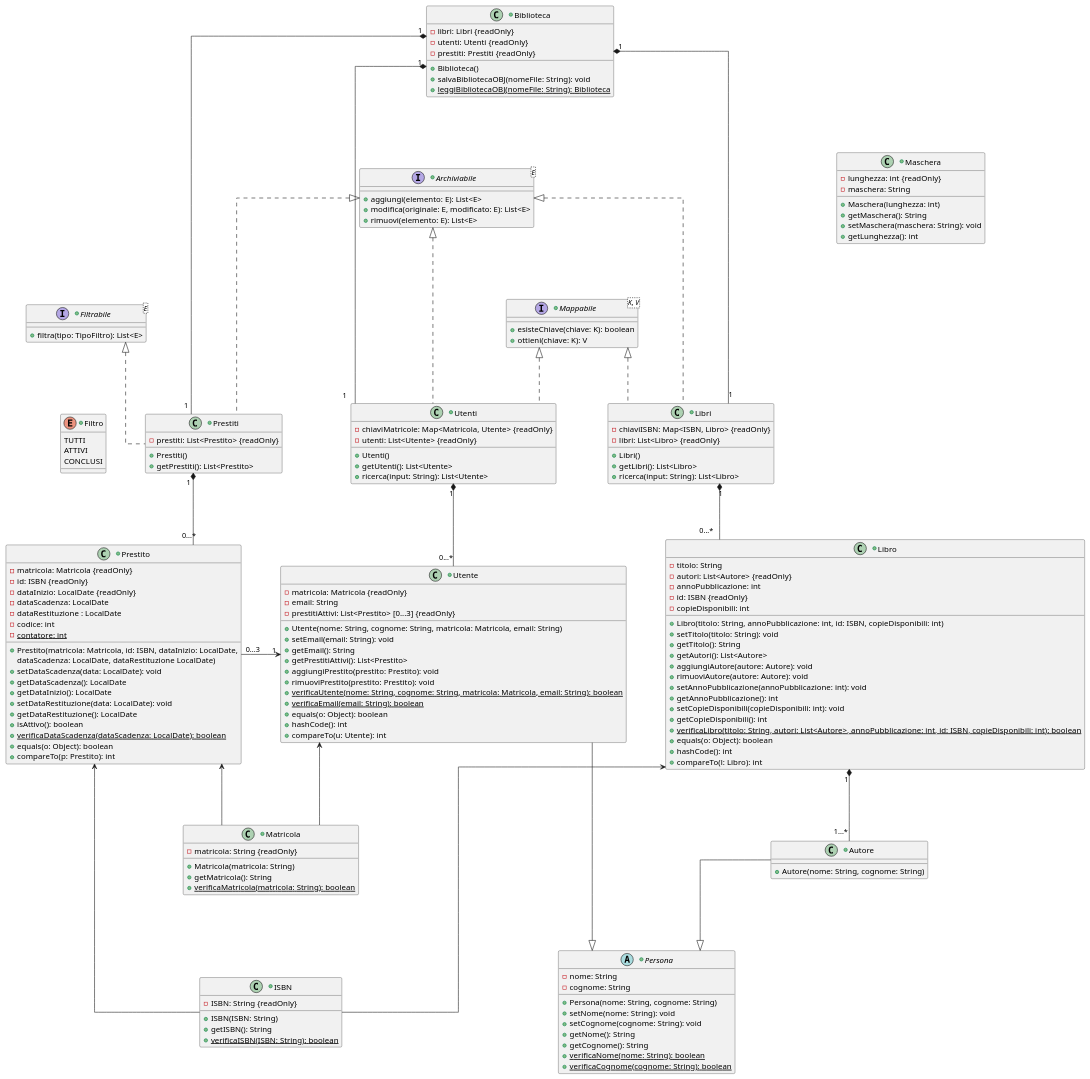
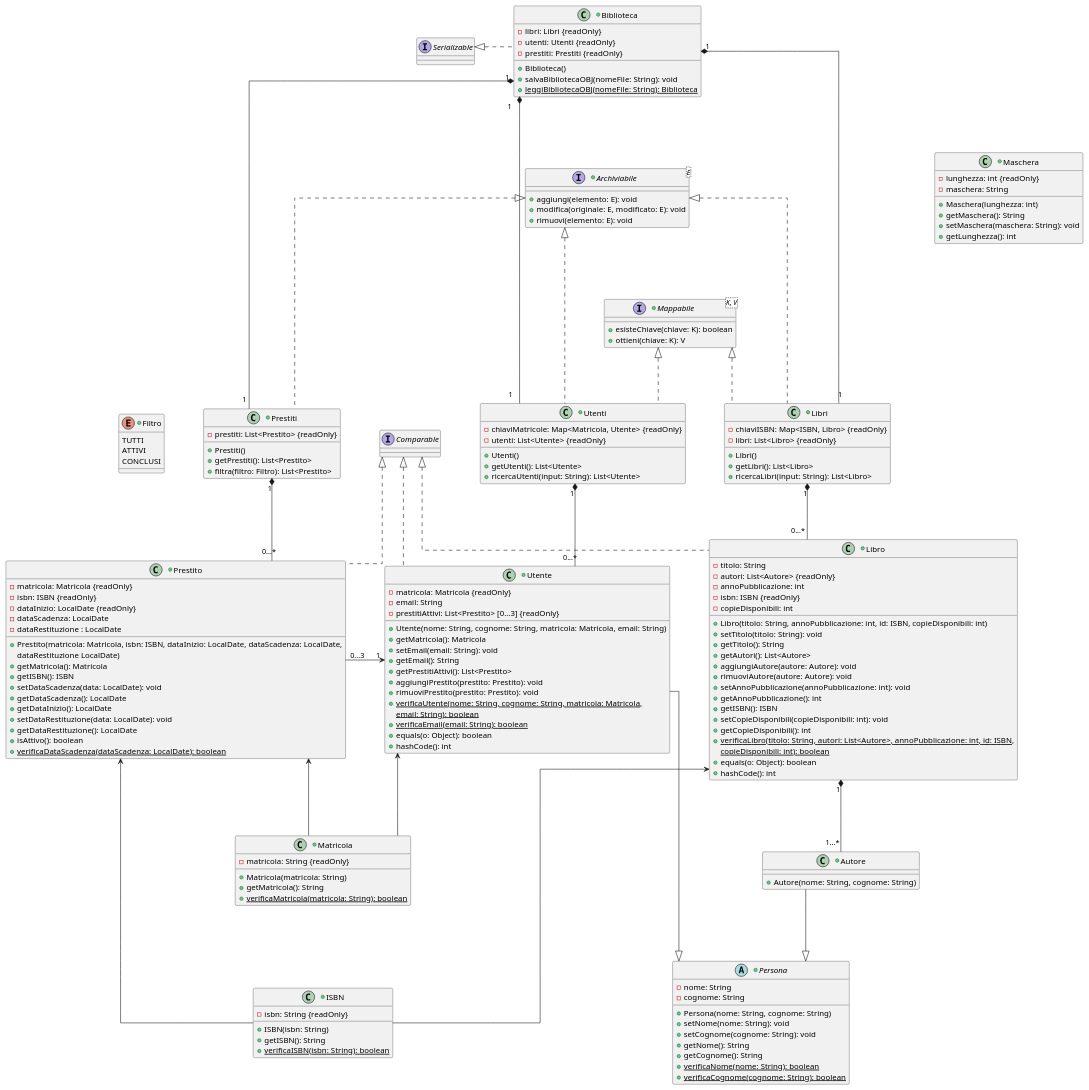
The diagram in documents/DiagrammiUML/classdiagram.puml (TitanVoid/ProgSE-Biblioteca), drawn with PlantUML before and after one commit. The commit also changed 1 other file, not shown here.

Commit message:
Correzione diagramma delle classi

```diff
--- a/documents/DiagrammiUML/classdiagram.puml
+++ b/documents/DiagrammiUML/classdiagram.puml
@@ -15,7 +15,7 @@
 }
 
 
-+class Biblioteca {
++class Biblioteca implements Serializable {
 -libri: Libri {readOnly}
 -utenti: Utenti {readOnly}
 -prestiti: Prestiti {readOnly}
@@ -27,9 +27,9 @@
 
 
 +interface Archiviabile<E> {
-+aggiungi(elemento: E): List<E>
-+modifica(originale: E, modificato: E): List<E>
-+rimuovi(elemento: E): List<E>
++aggiungi(elemento: E): void
++modifica(originale: E, modificato: E): void
++rimuovi(elemento: E): void
 }
 
 
@@ -39,7 +39,7 @@
 
 +Utenti()
 +getUtenti(): List<Utente>
-+ricerca(input: String): List<Utente> 
++ricercaUtenti(input: String): List<Utente> 
 }
 
 
@@ -49,7 +49,7 @@
 
 +Libri()
 +getLibri(): List<Libro>
-+ricerca(input: String): List<Libro> 
++ricercaLibri(input: String): List<Libro> 
 }
 
 
@@ -58,33 +58,35 @@
 
 +Prestiti()
 +getPrestiti(): List<Prestito>
++filtra(filtro: Filtro): List<Prestito>
 }
 
 
-+class Utente {
++class Utente implements Comparable {
 -matricola: Matricola {readOnly}
 -email: String
 -prestitiAttivi: List<Prestito> [0...3] {readOnly}
 
 +Utente(nome: String, cognome: String, matricola: Matricola, email: String)
++getMatricola(): Matricola
 +setEmail(email: String): void
 +getEmail(): String
 +getPrestitiAttivi(): List<Prestito>
 +aggiungiPrestito(prestito: Prestito): void
 +rimuoviPrestito(prestito: Prestito): void
-+verificaUtente(nome: String, cognome: String, matricola: Matricola, email: String): boolean {static}
++verificaUtente(nome: String, cognome: String, matricola: Matricola, {static} 
+email: String): boolean {static}
 +verificaEmail(email: String): boolean {static} 
 +equals(o: Object): boolean
 +hashCode(): int
-+compareTo(u: Utente): int
 }
 
 
-+class Libro {
++class Libro implements Comparable {
 -titolo: String
 -autori: List<Autore> {readOnly}
 -annoPubblicazione: int 
--id: ISBN {readOnly}
+-isbn: ISBN {readOnly}
 -copieDisponibili: int 
 
 +Libro(titolo: String, annoPubblicazione: int, id: ISBN, copieDisponibili: int)
@@ -95,26 +97,27 @@
 +rimuoviAutore(autore: Autore): void
 +setAnnoPubblicazione(annoPubblicazione: int): void
 +getAnnoPubblicazione(): int
++getISBN(): ISBN
 +setCopieDisponibili(copieDisponibili: int): void
 +getCopieDisponibili(): int
-+verificaLibro(titolo: String, autori: List<Autore>, annoPubblicazione: int, id: ISBN, copieDisponibili: int): boolean {static}
++verificaLibro(titolo: String, autori: List<Autore>, annoPubblicazione: int, id: ISBN, {static}
+copieDisponibili: int): boolean {static}
 +equals(o: Object): boolean
 +hashCode(): int
-+compareTo(l: Libro): int
 }
 
 
-+class Prestito {
++class Prestito implements Comparable {
 -matricola: Matricola {readOnly}
--id: ISBN {readOnly}
+-isbn: ISBN {readOnly}
 -dataInizio: LocalDate {readOnly}
 -dataScadenza: LocalDate 
 -dataRestituzione : LocalDate
--codice: int
--contatore: int {static}
 
-+Prestito(matricola: Matricola, id: ISBN, dataInizio: LocalDate,
-dataScadenza: LocalDate, dataRestituzione LocalDate)
++Prestito(matricola: Matricola, isbn: ISBN, dataInizio: LocalDate, dataScadenza: LocalDate,
+dataRestituzione LocalDate)
++getMatricola(): Matricola
++getISBN(): ISBN
 +setDataScadenza(data: LocalDate): void
 +getDataScadenza(): LocalDate
 +getDataInizio(): LocalDate 
@@ -122,8 +125,6 @@
 +getDataRestituzione(): LocalDate 
 +isAttivo(): boolean
 +verificaDataScadenza(dataScadenza: LocalDate): boolean {static}
-+equals(o: Object): boolean
-+compareTo(p: Prestito): int
 }
 
 
@@ -156,11 +157,11 @@
 
 
 +class ISBN {
--ISBN: String {readOnly}
+-isbn: String {readOnly}
 
-+ISBN(ISBN: String)
++ISBN(isbn: String)
 +getISBN(): String
-+verificaISBN(ISBN: String): boolean {static}
++verificaISBN(isbn: String): boolean {static}
 }
 
 
@@ -172,11 +173,6 @@
 +getMaschera(): String
 +setMaschera(maschera: String): void
 +getLunghezza(): int
-}
-
-
-+interface Filtrabile<E> {
-+filtra(tipo: TipoFiltro): List<E>
 }
 
 
@@ -192,9 +188,11 @@
 '------------------------------------------LAYOUT------------------------------------------
 
 Biblioteca -[hidden]-> Archiviabile
-Biblioteca -[hidden]-> Mappabile
+Biblioteca -[hidden]> Serializable
+
 
 Archiviabile -[hidden]> Mappabile
+
 
 Mappabile -[hidden]-> Libri
 Mappabile -[hidden]-> Utenti
@@ -213,6 +211,7 @@
 
 
 '------------------------------------------RELAZIONI------------------------------------------
+
 
 Biblioteca "1" *--- "1" Utenti
 Biblioteca "1" *-- "1" Libri
@@ -242,8 +241,6 @@
 Archiviabile <|... Utenti
 Archiviabile <|... Libri
 
-Prestiti .up.|> Filtrabile 
-
-Filtrabile -[hidden]-> Filtro
+Filtro -[hidden]> Prestiti
 
 @enduml
```
